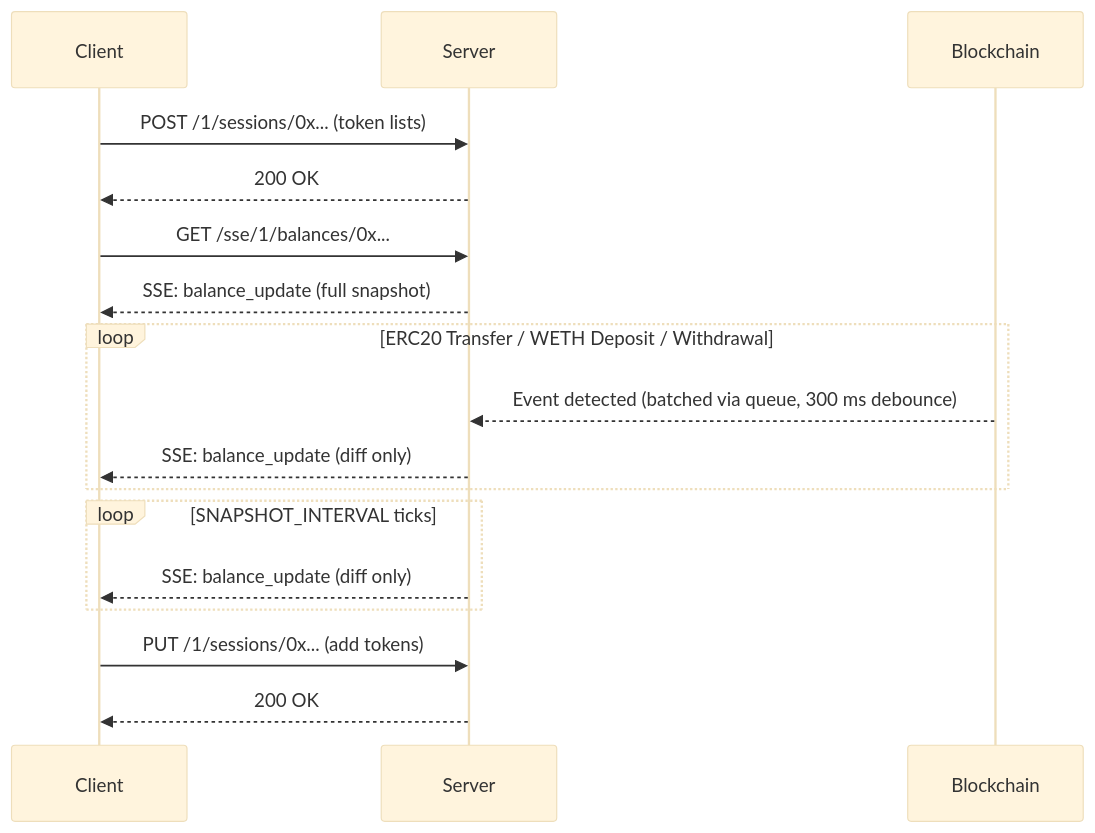
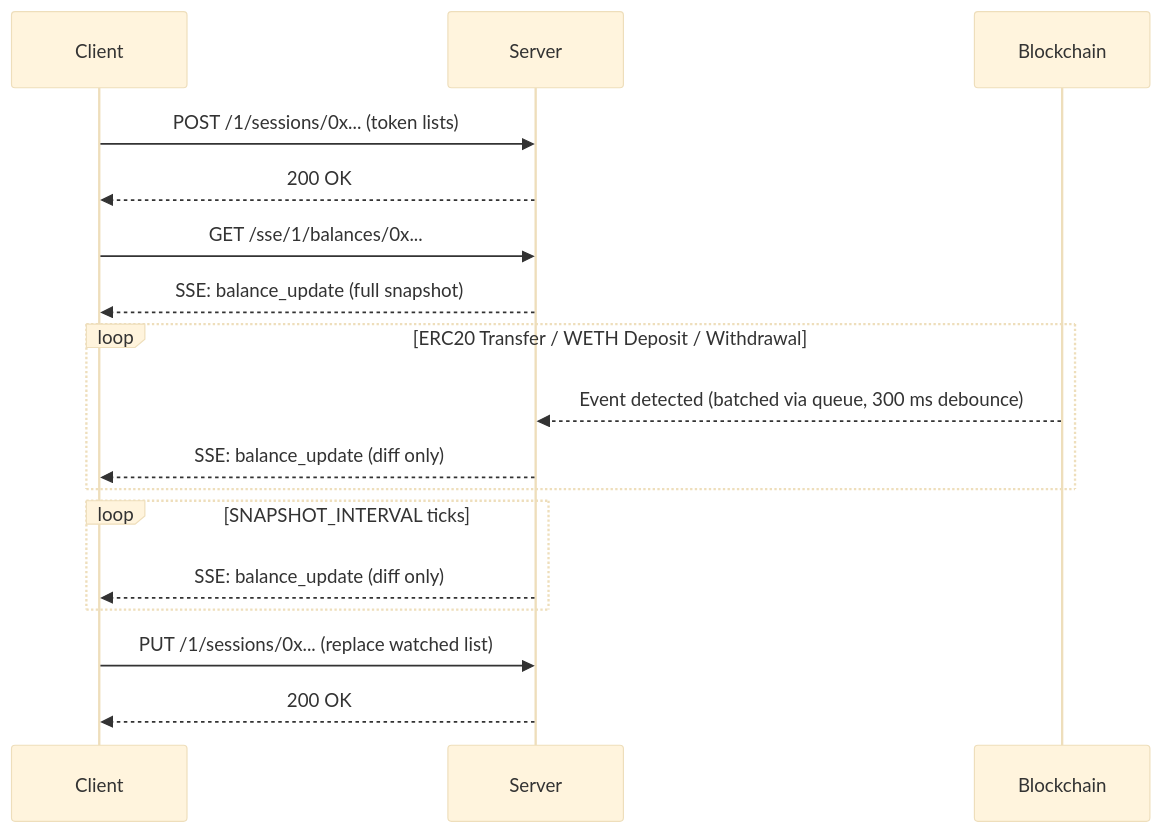
One commit to cowprotocol/balances-watcher changed the first of 2 diagrams in README.md. Above: the diagram before and after it, drawn with Mermaid (base theme). The commit also changed other lines of this file and 3 other files, not shown here.

First line of the commit message:
feat: bound watched-token set via put-replace semantics (#43)

````diff
--- a/README.md
+++ b/README.md
@@ -154,24 +161,24 @@
 ```mermaid
 sequenceDiagram
     participant Client
     participant Server
     participant Blockchain
 
     Client->>Server: POST /1/sessions/0x... (token lists)
     Server-->>Client: 200 OK
 
     Client->>Server: GET /sse/1/balances/0x...
     Server-->>Client: SSE: balance_update (full snapshot)
 
     loop ERC20 Transfer / WETH Deposit / Withdrawal
         Blockchain-->>Server: Event detected (batched via queue, 300 ms debounce)
         Server-->>Client: SSE: balance_update (diff only)
     end
 
     loop SNAPSHOT_INTERVAL ticks
         Server-->>Client: SSE: balance_update (diff only)
     end
 
-    Client->>Server: PUT /1/sessions/0x... (add tokens)
+    Client->>Server: PUT /1/sessions/0x... (replace watched list)
     Server-->>Client: 200 OK
 ```
````
